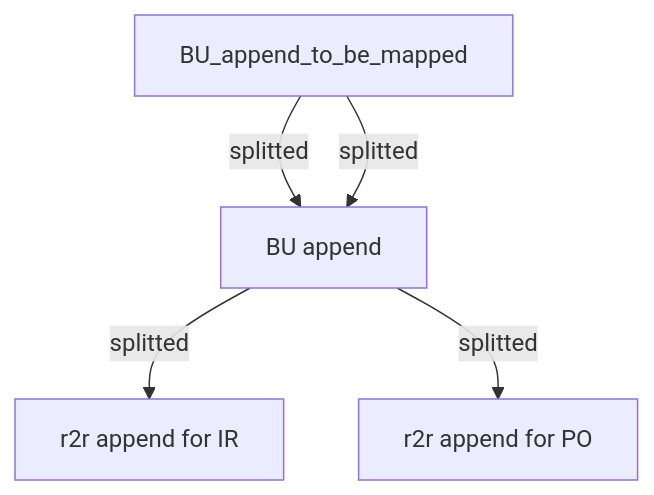
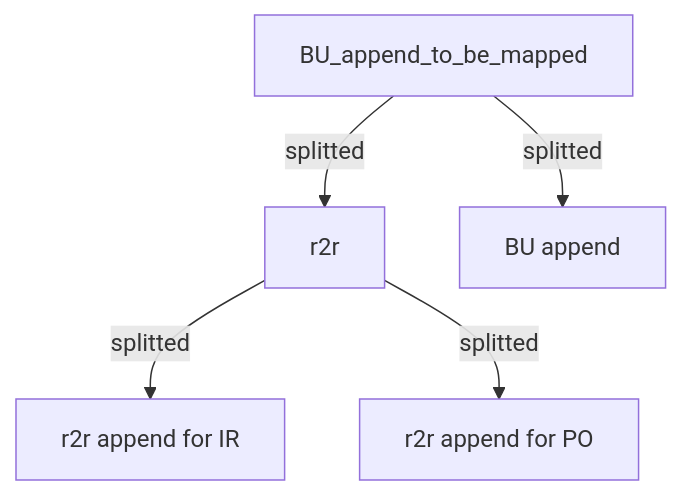
The diagram in dbs/database.eamena/data/README.md (eamena-project/eamena-arches-dev), drawn with Mermaid before and after one commit.

````diff
--- a/dbs/database.eamena/data/README.md
+++ b/dbs/database.eamena/data/README.md
@@ -12,12 +12,12 @@
 ```mermaid
 flowchart
   id3[BU_append_to_be_mapped] -- splitted --> id6[r2r];
   id6 -- splitted --> id4[r2r append for IR];
   id6 -- splitted --> id5[r2r append for PO];
-  id3 -- splitted --> id6[BU append];
+  id3 -- splitted --> id7[BU append];
   
   click id3 "https://github.com/eamena-project/eamena-arches-dev/blob/main/dbs/database.eamena/data/bulk_data/append/bu_append_to_be_mapped.csv" _blank
   click id5 "https://github.com/eamena-project/eamena-arches-dev/blob/main/dbs/database.eamena/data/business_data_relations/res2res_hp_po.relations" _blank
   click id4 "https://github.com/eamena-project/eamena-arches-dev/blob/main/dbs/database.eamena/data/business_data_relations/res2res_hp_ir.relations" _blank
 
 ```
````
